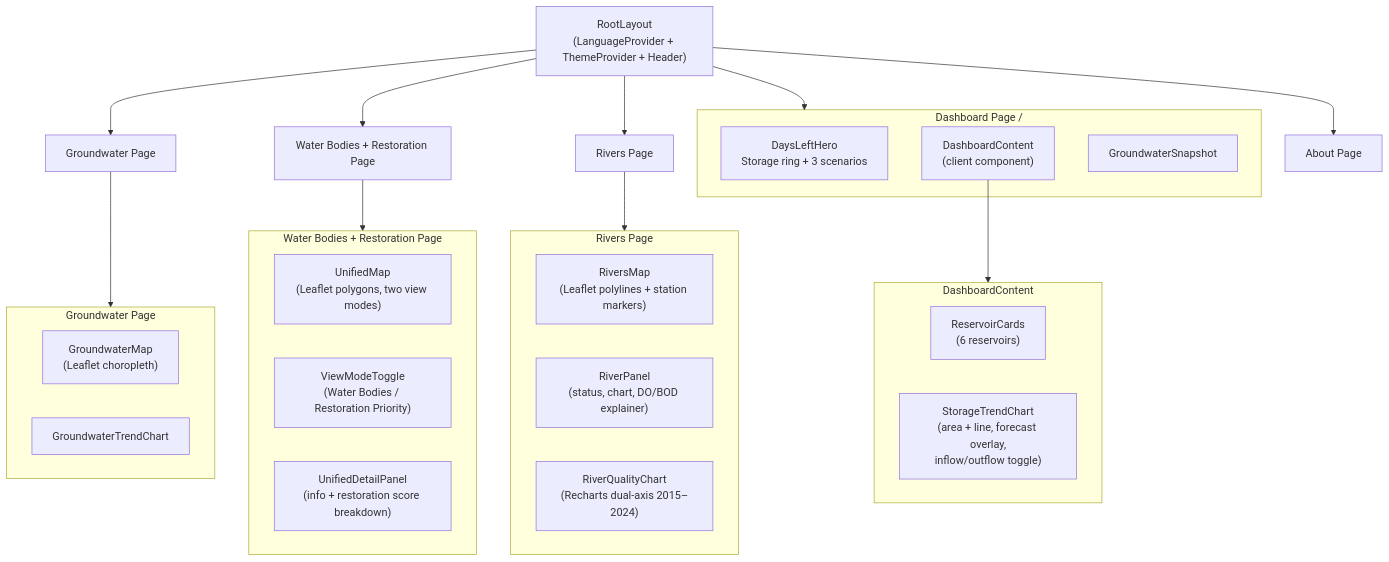
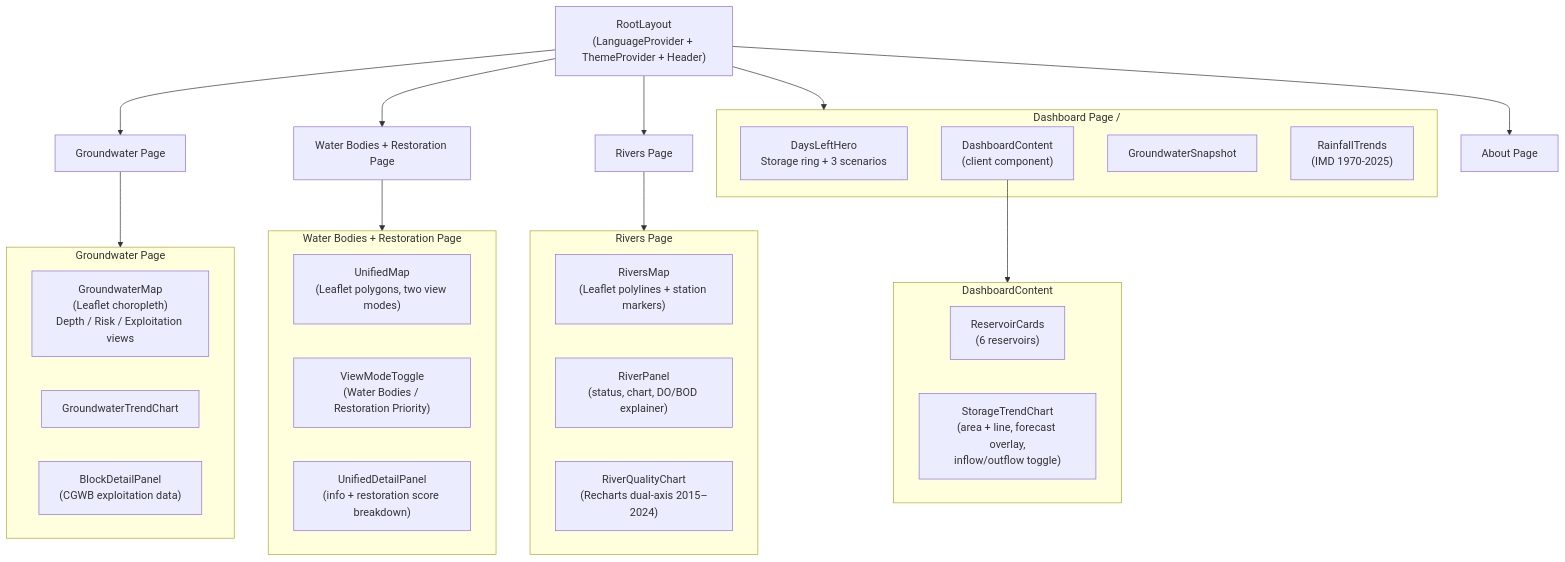
One commit to SundareshPrasanna/neer-vazhvu changed the fifth of 5 diagrams in ARCHITECTURE.md. Above: the diagram before and after it, drawn with Mermaid. The commit also changed other lines of this file and 2 other files, not shown here.

First line of the commit message:
docs: update docs for IMD rainfall, CGWB exploitation, census, and data.gov.in

````diff
--- a/ARCHITECTURE.md
+++ b/ARCHITECTURE.md
@@ -288,46 +294,48 @@
 ```mermaid
 graph TD
     Layout["RootLayout<br/>(LanguageProvider + ThemeProvider + Header)"]
 
     Layout --> Dashboard
     Layout --> GW["Groundwater Page"]
     Layout --> WB["Water Bodies + Restoration Page"]
     Layout --> RV["Rivers Page"]
     Layout --> About["About Page"]
 
     subgraph Dashboard["Dashboard Page /"]
         DLH["DaysLeftHero<br/>Storage ring + 3 scenarios"]
         DC["DashboardContent<br/>(client component)"]
         GWS["GroundwaterSnapshot"]
+        RT["RainfallTrends<br/>(IMD 1970-2025)"]
     end
 
     subgraph DC_Children["DashboardContent"]
         RC["ReservoirCards<br/>(6 reservoirs)"]
         STC["StorageTrendChart<br/>(area + line, forecast overlay,<br/>inflow/outflow toggle)"]
     end
 
     DC --> DC_Children
 
     subgraph GW_Children["Groundwater Page"]
-        GM["GroundwaterMap<br/>(Leaflet choropleth)"]
+        GM["GroundwaterMap<br/>(Leaflet choropleth)<br/>Depth / Risk / Exploitation views"]
         GT["GroundwaterTrendChart"]
+        BDP["BlockDetailPanel<br/>(CGWB exploitation data)"]
     end
 
     GW --> GW_Children
 
     subgraph RV_Children["Rivers Page"]
         RM["RiversMap<br/>(Leaflet polylines + station markers)"]
         RP["RiverPanel<br/>(status, chart, DO/BOD explainer)"]
         RQC["RiverQualityChart<br/>(Recharts dual-axis 2015–2024)"]
     end
 
     RV --> RV_Children
 
     subgraph WB_Children["Water Bodies + Restoration Page"]
         UM["UnifiedMap<br/>(Leaflet polygons, two view modes)"]
         VMT["ViewModeToggle<br/>(Water Bodies / Restoration Priority)"]
         UDP["UnifiedDetailPanel<br/>(info + restoration score breakdown)"]
     end
 
     WB --> WB_Children
 ```
````
